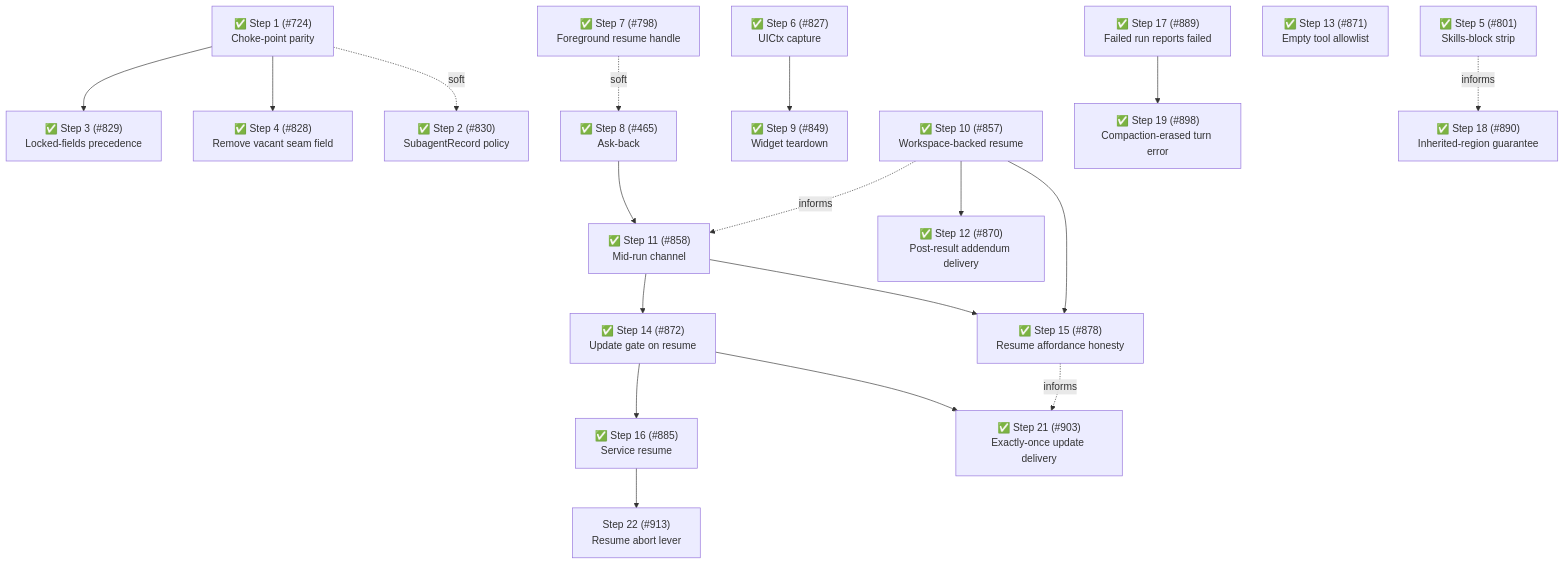
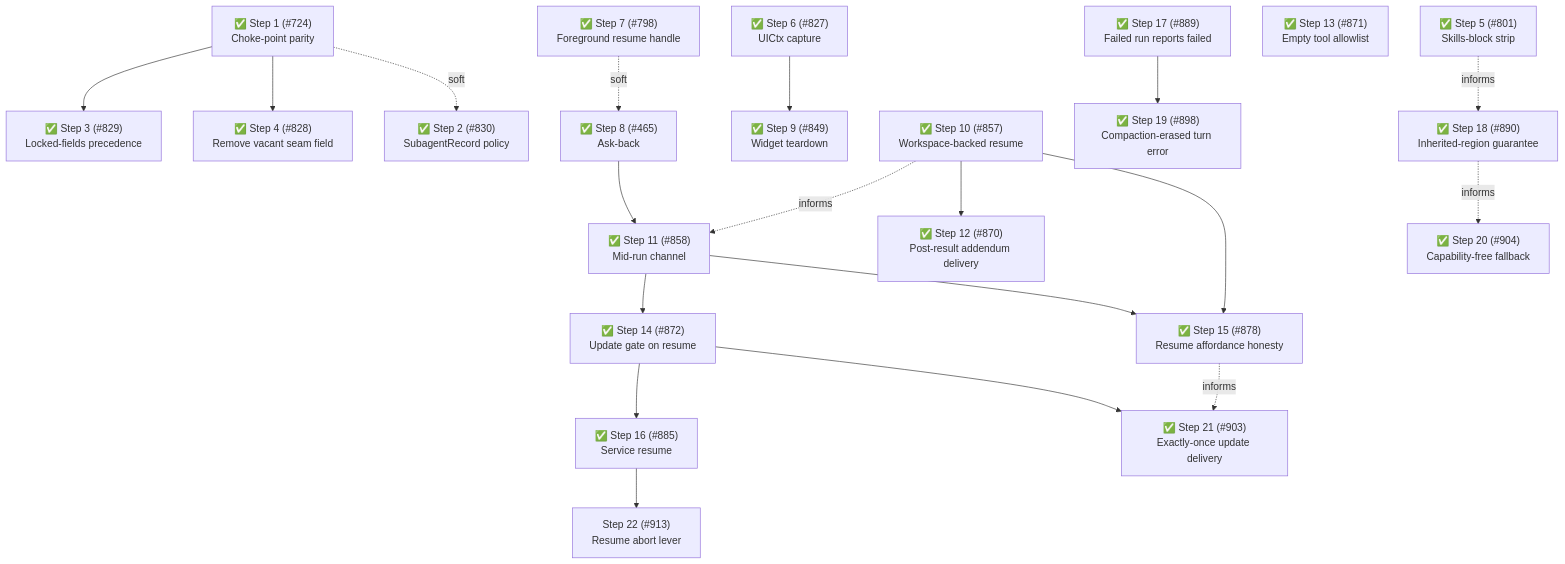
Before and after one commit to Jopqior/gotgenes-pi-packages: the sixth of 6 diagrams in packages/pi-subagents/docs/architecture/architecture.md, drawn with Mermaid. The commit also changed other lines of this file and 1 other file, not shown here.

First line of the commit message:
docs(pi-subagents): record the resolved portable-fallback residual

````diff
--- a/packages/pi-subagents/docs/architecture/architecture.md
+++ b/packages/pi-subagents/docs/architecture/architecture.md
@@ -1383,22 +1395,23 @@
 ```mermaid
 flowchart TD
     S1["✅ Step 1 (#724)<br/>Choke-point parity"] --> S3["✅ Step 3 (#829)<br/>Locked-fields precedence"]
     S1 --> S4["✅ Step 4 (#828)<br/>Remove vacant seam field"]
     S1 -.soft.-> S2["✅ Step 2 (#830)<br/>SubagentRecord policy"]
     S7["✅ Step 7 (#798)<br/>Foreground resume handle"] -.soft.-> S8["✅ Step 8 (#465)<br/>Ask-back"]
     S5["✅ Step 5 (#801)<br/>Skills-block strip"]
     S6["✅ Step 6 (#827)<br/>UICtx capture"] --> S9["✅ Step 9 (#849)<br/>Widget teardown"]
     S8 --> S11["✅ Step 11 (#858)<br/>Mid-run channel"]
     S10["✅ Step 10 (#857)<br/>Workspace-backed resume"] -.informs.-> S11
     S10 --> S12["✅ Step 12 (#870)<br/>Post-result addendum delivery"]
     S11 --> S14["✅ Step 14 (#872)<br/>Update gate on resume"]
     S13["✅ Step 13 (#871)<br/>Empty tool allowlist"]
     S10 --> S15["✅ Step 15 (#878)<br/>Resume affordance honesty"]
     S11 --> S15
     S14 --> S16["✅ Step 16 (#885)<br/>Service resume"]
     S17["✅ Step 17 (#889)<br/>Failed run reports failed"] --> S19["✅ Step 19 (#898)<br/>Compaction-erased turn error"]
     S5 -.informs.-> S18["✅ Step 18 (#890)<br/>Inherited-region guarantee"]
+    S18 -.informs.-> S20["✅ Step 20 (#904)<br/>Capability-free fallback"]
     S16 --> S22["Step 22 (#913)<br/>Resume abort lever"]
     S14 --> S21["✅ Step 21 (#903)<br/>Exactly-once update delivery"]
     S15 -.informs.-> S21
 ```
````
